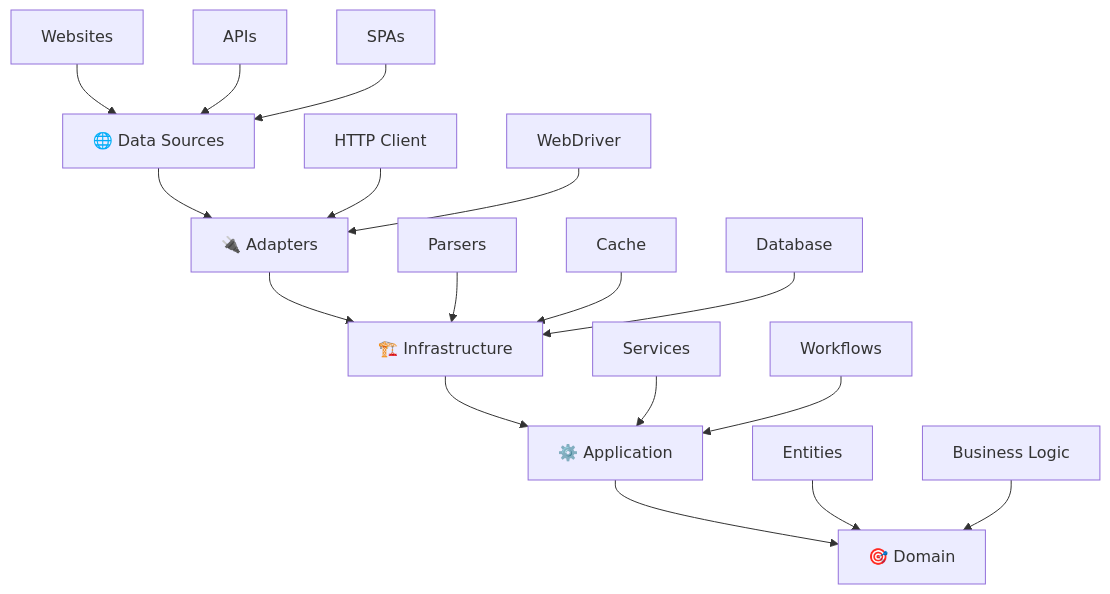
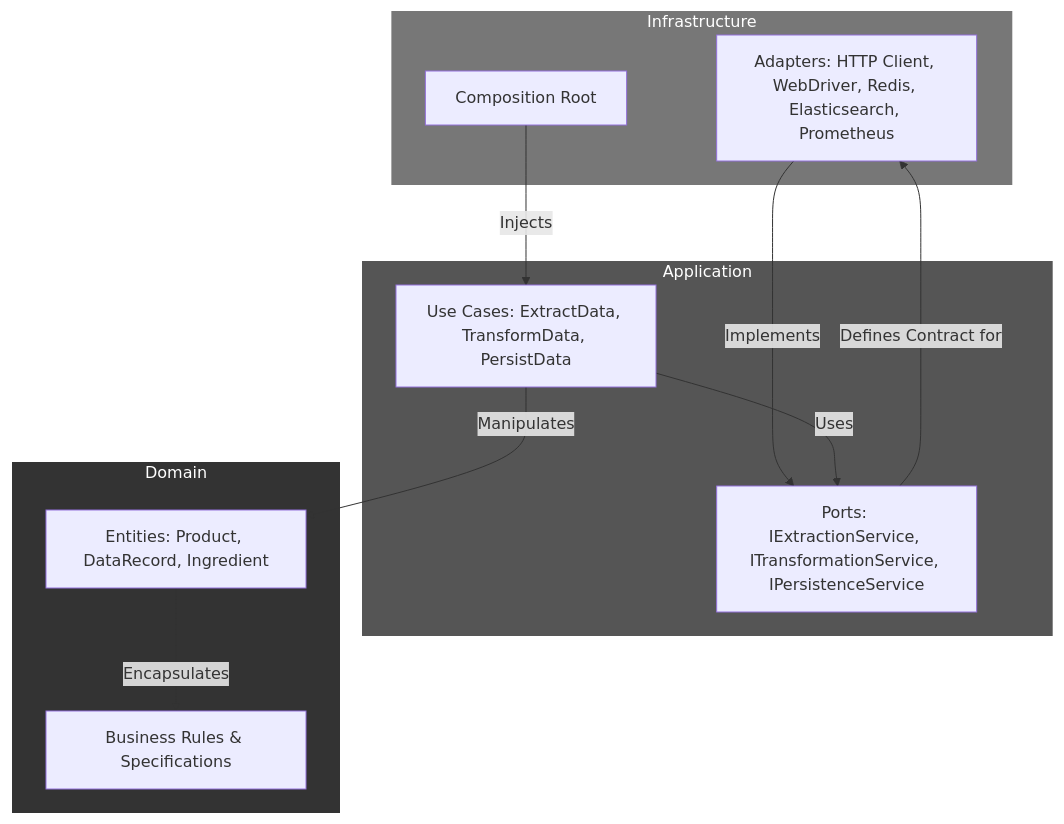
The diagram in README.md (TensorScholar/data-acquisition-framework), drawn with Mermaid before and after one commit. The commit also changed other lines of this file, not shown here.

````diff
--- a/README.md
+++ b/README.md
@@ -16,24 +17,28 @@
 ```mermaid
-flowchart TD
-    A[🌐 Data Sources] --> B[🔌 Adapters]
-    B --> C[🏗️ Infrastructure]
-    C --> D[⚙️ Application]
-    D --> E[🎯 Domain]
-    
-    A1[Websites] --> A
-    A2[APIs] --> A
-    A3[SPAs] --> A
-    
-    B1[HTTP Client] --> B
-    B2[WebDriver] --> B
-    
-    C1[Parsers] --> C
-    C2[Cache] --> C
-    C3[Database] --> C
-    
-    D1[Services] --> D
-    D2[Workflows] --> D
-    
-    E1[Entities] --> E
-    E2[Business Logic] --> E
+graph TD
+    subgraph Infrastructure
+        A[Adapters: HTTP Client, WebDriver, Redis, Elasticsearch, Prometheus]
+        B[Composition Root]
+    end
+
+    subgraph Application
+        C[Use Cases: ExtractData, TransformData, PersistData]
+        D[Ports: IExtractionService, ITransformationService, IPersistenceService]
+    end
+
+    subgraph Domain
+        E[Entities: Product, DataRecord, Ingredient]
+        F[Business Rules & Specifications]
+    end
+
+    A -- Implements --> D
+    B -- Injects --> C
+    C -- Uses --> D
+    C -- Manipulates --> E
+    D -- Defines Contract for --> A
+    E -- Encapsulates --> F
+
+    style Domain fill:#333,stroke:#fff,stroke-width:2px,color:#fff
+    style Application fill:#555,stroke:#fff,stroke-width:2px,color:#fff
+    style Infrastructure fill:#777,stroke:#fff,stroke-width:2px,color:#fff
 ```
````
